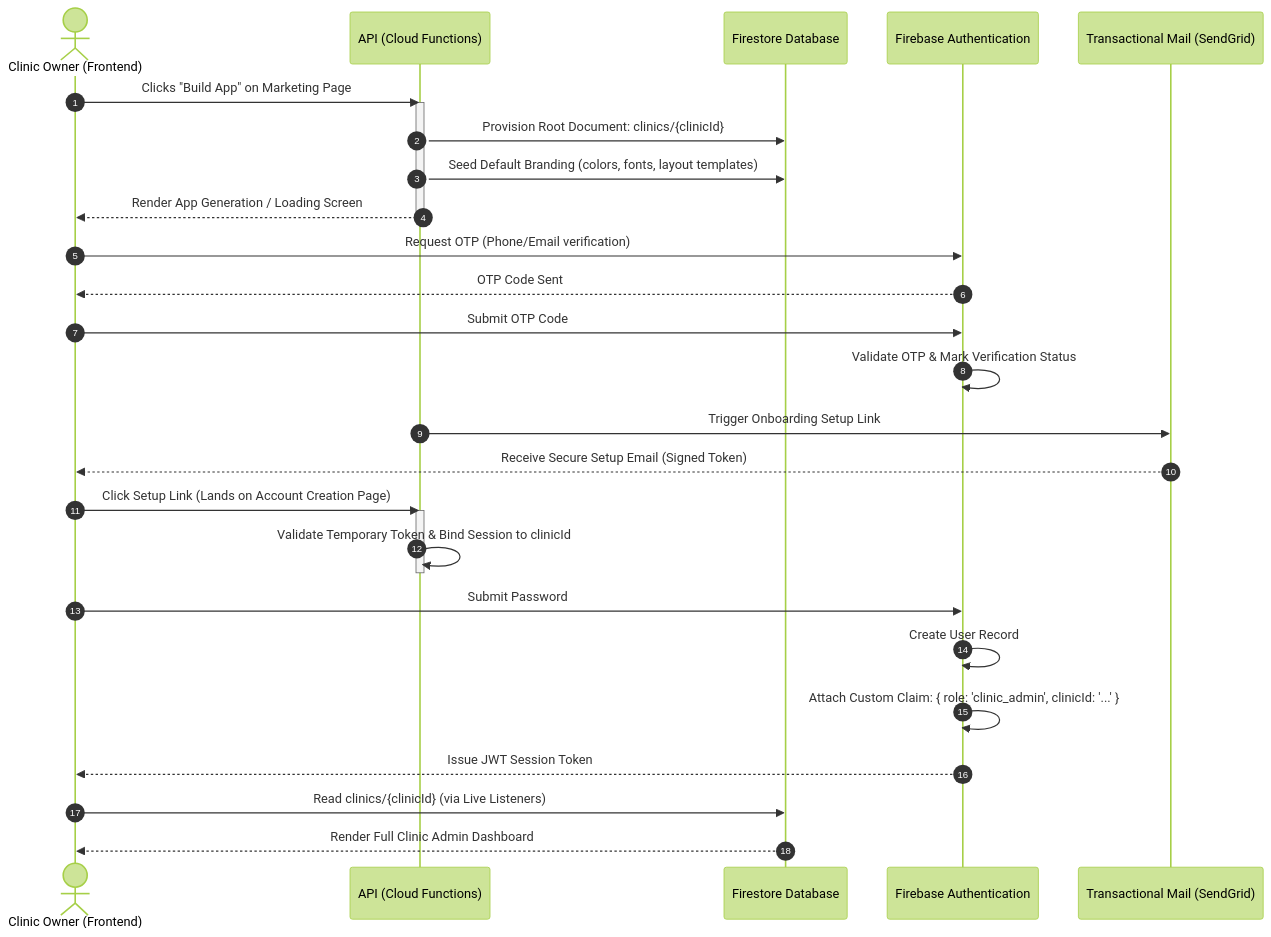
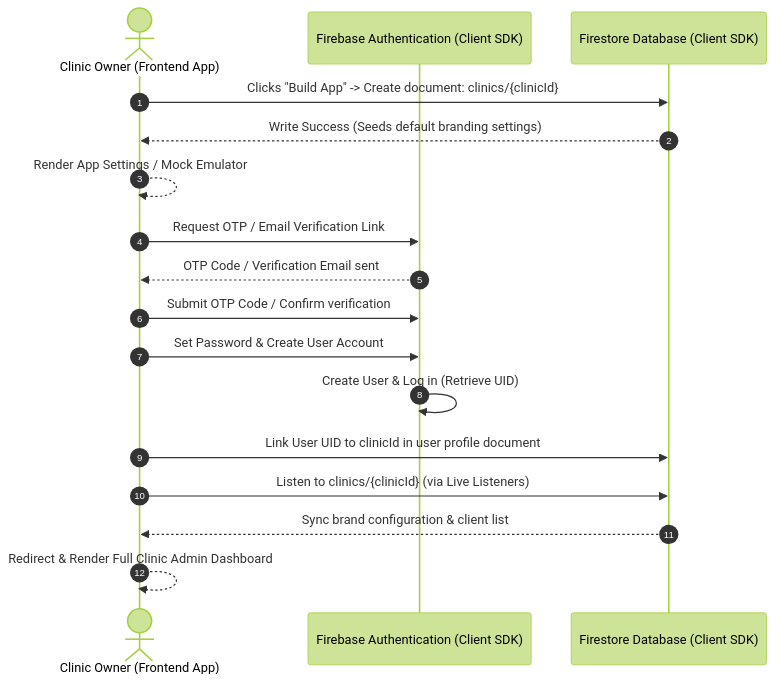
The second of 4 diagrams in README.md (Arifcy7/Aurwell-Web), drawn with Mermaid (forest theme) before and after one commit. The commit also changed other lines of this file, not shown here.

````diff
--- a/README.md
+++ b/README.md
@@ -43,37 +51,23 @@
 ```mermaid
 sequenceDiagram
     autonumber
-    actor Clinic as Clinic Owner (Frontend)
-    participant API as API (Cloud Functions)
-    participant DB as Firestore Database
-    participant Auth as Firebase Authentication
-    participant Mail as Transactional Mail (SendGrid)
+    actor Clinic as Clinic Owner (Frontend App)
+    participant Auth as Firebase Authentication (Client SDK)
+    participant DB as Firestore Database (Client SDK)
 
-    Clinic->>API: Clicks "Build App" on Marketing Page
-    activate API
-    API->>DB: Provision Root Document: clinics/{clinicId}
-    API->>DB: Seed Default Branding (colors, fonts, layout templates)
-    API-->>Clinic: Render App Generation / Loading Screen
-    deactivate API
+    Clinic->>DB: Clicks "Build App" -> Create document: clinics/{clinicId}
+    DB-->>Clinic: Write Success (Seeds default branding settings)
+    Clinic-->>Clinic: Render App Settings / Mock Emulator
 
-    Clinic->>Auth: Request OTP (Phone/Email verification)
-    Auth-->>Clinic: OTP Code Sent
-    Clinic->>Auth: Submit OTP Code
-    Auth->>Auth: Validate OTP & Mark Verification Status
+    Clinic->>Auth: Request OTP / Email Verification Link
+    Auth-->>Clinic: OTP Code / Verification Email sent
+    Clinic->>Auth: Submit OTP Code / Confirm verification
 
-    API->>Mail: Trigger Onboarding Setup Link
-    Mail-->>Clinic: Receive Secure Setup Email (Signed Token)
+    Clinic->>Auth: Set Password & Create User Account
+    Auth->>Auth: Create User & Log in (Retrieve UID)
 
-    Clinic->>API: Click Setup Link (Lands on Account Creation Page)
-    activate API
-    API->>API: Validate Temporary Token & Bind Session to clinicId
-    deactivate API
-
-    Clinic->>Auth: Submit Password
-    Auth->>Auth: Create User Record
-    Auth->>Auth: Attach Custom Claim: { role: 'clinic_admin', clinicId: '...' }
-    Auth-->>Clinic: Issue JWT Session Token
-
-    Clinic->>DB: Read clinics/{clinicId} (via Live Listeners)
-    DB-->>Clinic: Render Full Clinic Admin Dashboard
+    Clinic->>DB: Link User UID to clinicId in user profile document
+    Clinic->>DB: Listen to clinics/{clinicId} (via Live Listeners)
+    DB-->>Clinic: Sync brand configuration & client list
+    Clinic-->>Clinic: Redirect & Render Full Clinic Admin Dashboard
 ```
````
